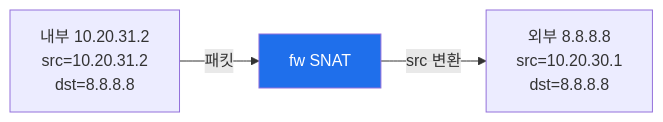
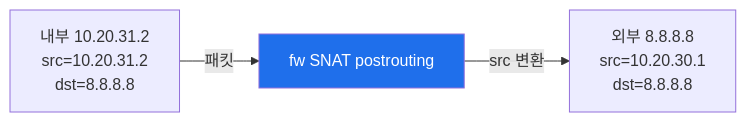
Before and after one commit to mrgrit/ccc: the first of 7 diagrams in contents/standalone/lecture/secuops/week03.md, drawn with Mermaid. The commit also changed other lines of this file and 1 other file, not shown here.

````diff
--- a/contents/standalone/lecture/secuops/week03.md
+++ b/contents/standalone/lecture/secuops/week03.md
@@ -71,9 +95,9 @@
 ```mermaid
 graph LR
     SRC["내부 10.20.31.2<br/>src=10.20.31.2<br/>dst=8.8.8.8"]
-    FW[fw SNAT]
+    FW[fw SNAT postrouting]
     DST["외부 8.8.8.8<br/>src=10.20.30.1<br/>dst=8.8.8.8"]
     SRC -->|패킷| FW
     FW -->|src 변환| DST
     style FW fill:#1f6feb,color:#fff
 ```
````
